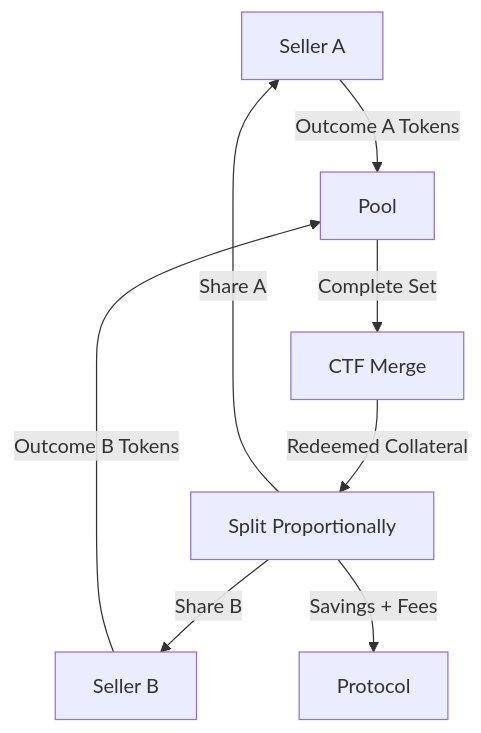
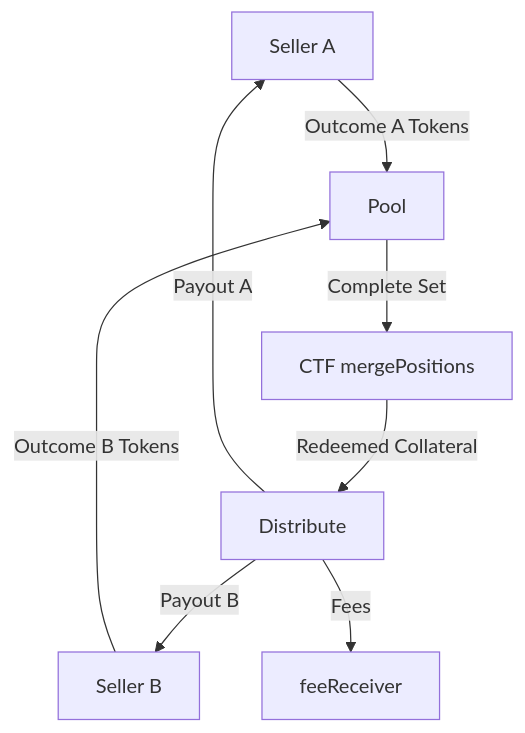
The fourth of 4 diagrams in docs/flows/MATCHING_MECHANISMS.md (Doefin/doefin-v2), drawn with Mermaid before and after one commit. The commit also changed other lines of this file and 8 other files, not shown here.

First line of the commit message:
docs: refresh architecture and flow docs for v3 contract state

````diff
--- a/docs/flows/MATCHING_MECHANISMS.md
+++ b/docs/flows/MATCHING_MECHANISMS.md
@@ -233,10 +144,10 @@
 ```mermaid
 graph TD
     A[Seller A] -->|Outcome A Tokens| D[Pool]
     B[Seller B] -->|Outcome B Tokens| D
-    D -->|Complete Set| E[CTF Merge]
-    E -->|Redeemed Collateral| F[Split Proportionally]
-    F -->|Share A| A
-    F -->|Share B| B
-    F -->|Savings + Fees| G[Protocol]
+    D -->|Complete Set| E[CTF mergePositions]
+    E -->|Redeemed Collateral| F[Distribute]
+    F -->|Payout A| A
+    F -->|Payout B| B
+    F -->|Fees| G[feeReceiver]
 ```
````
